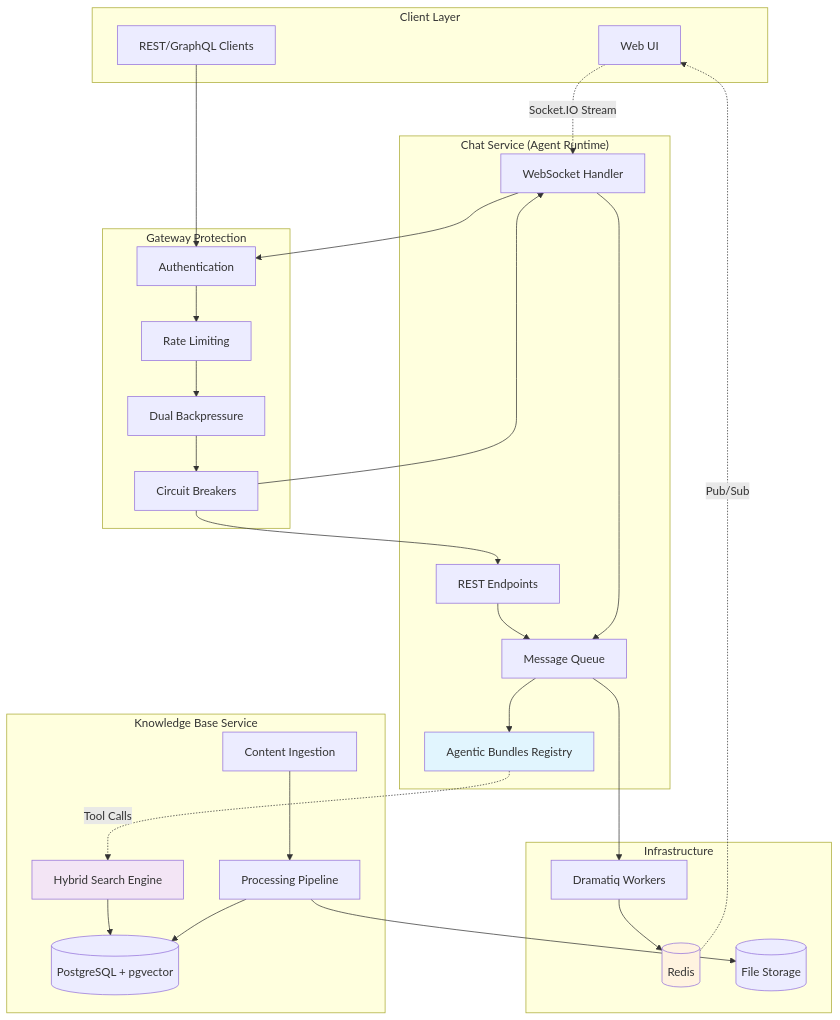
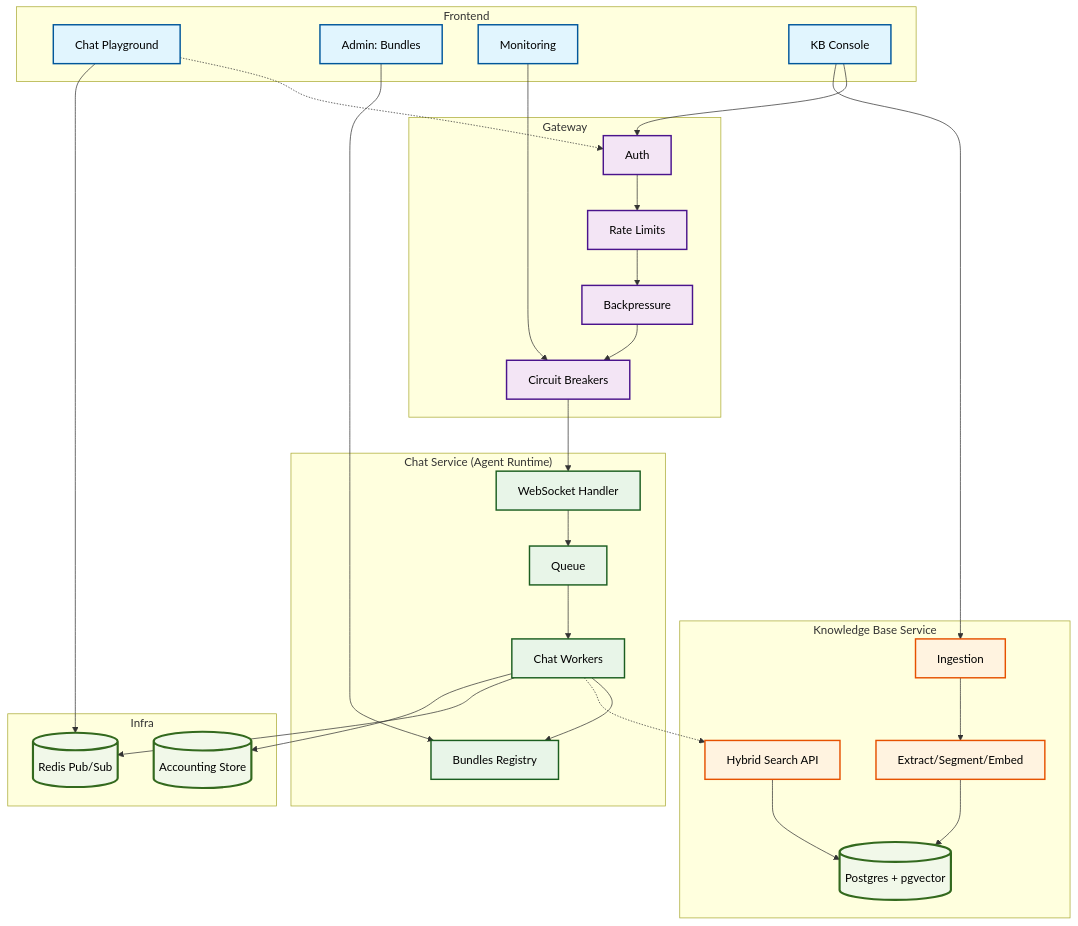
One commit to elenaviter/kdcube-ai-app changed the diagram in README.md. Above: the diagram before and after it, drawn with Mermaid. The commit also changed other lines of this file and 98 other files, not shown here.

````diff
--- a/README.md
+++ b/README.md
@@ -22,64 +40,67 @@
 ```mermaid
 graph TB
-    subgraph "Client Layer"
-        UI[Web UI]
-        API[REST/GraphQL Clients]
+    subgraph "Frontend"
+        CHATUI[Chat Playground]
+        ADMIN[Admin: Bundles]
+        MON[Monitoring]
+        KBUI[KB Console]
     end
-    
-    subgraph "Gateway Protection"
-        AUTH[Authentication]
-        RATE[Rate Limiting]
-        BACK[Dual Backpressure]
-        CIRCUIT[Circuit Breakers]
+
+    subgraph "Gateway"
+        AUTH[Auth]
+        LIMITS[Rate Limits]
+        BACK[Backpressure]
+        CB[Circuit Breakers]
     end
-    
+
     subgraph "Chat Service (Agent Runtime)"
         WS[WebSocket Handler]
-        REST[REST Endpoints]
-        QUEUE[Message Queue]
-        BUNDLES[Agentic Bundles Registry]
+        QUEUE[Queue]
+        WORKER[Chat Workers]
+        BREG[Bundles Registry]
     end
-    
+
     subgraph "Knowledge Base Service"
-        INGEST[Content Ingestion]
-        PIPELINE[Processing Pipeline]
-        SEARCH[Hybrid Search Engine]
-        POSTGRES[(PostgreSQL + pgvector)]
+        INGEST[Ingestion]
+        PIPE[Extract/Segment/Embed]
+        SEARCH[Hybrid Search API]
+        PG[(Postgres + pgvector)]
     end
-    
-    subgraph "Infrastructure"
-        REDIS[(Redis)]
-        STORAGE[(File Storage)]
-        WORKER[Dramatiq Workers]
+
+    subgraph "Infra"
+        REDIS[(Redis Pub/Sub)]
+        STORAGE[(Accounting Store)]
     end
-    
-    UI -.->|Socket.IO Stream| WS
-    API --> AUTH
-    WS --> AUTH
-    
-    AUTH --> RATE
-    RATE --> BACK
-    BACK --> CIRCUIT
-    
-    CIRCUIT --> REST
-    CIRCUIT --> WS
-    
-    REST --> QUEUE
-    WS --> QUEUE
-    QUEUE --> BUNDLES
-    
-    BUNDLES -.->|Tool Calls| SEARCH
-    SEARCH --> POSTGRES
-    
-    QUEUE --> WORKER
+
+    CHATUI -.-> AUTH
+    KBUI --> AUTH
+
+    AUTH --> LIMITS --> BACK --> CB
+    CB --> WS
+    CHATUI --> REDIS
+
+    WS --> QUEUE --> WORKER
+    WORKER --> BREG
+    WORKER -.-> SEARCH
+    SEARCH --> PG
     WORKER --> REDIS
-    REDIS -.->|Pub/Sub| UI
-    
-    INGEST --> PIPELINE
-    PIPELINE --> STORAGE
-    PIPELINE --> POSTGRES
-    
-    style BUNDLES fill:#e1f5fe
-    style SEARCH fill:#f3e5f5
-    style REDIS fill:#fff3e0
+    WORKER --> STORAGE
+
+    KBUI --> INGEST --> PIPE --> PG
+    MON --> CB
+    ADMIN --> BREG
+
+%% Styling
+    classDef frontend fill:#e1f5fe,stroke:#01579b,stroke-width:2px,color:#000
+    classDef gateway fill:#f3e5f5,stroke:#4a148c,stroke-width:2px,color:#000
+    classDef chat fill:#e8f5e8,stroke:#1b5e20,stroke-width:2px,color:#000
+    classDef kb fill:#fff3e0,stroke:#e65100,stroke-width:2px,color:#000
+    classDef infra fill:#fce4ec,stroke:#880e4f,stroke-width:2px,color:#000
+    classDef database fill:#f1f8e9,stroke:#33691e,stroke-width:3px,color:#000
+
+    class CHATUI,ADMIN,MON,KBUI frontend
+    class AUTH,LIMITS,BACK,CB gateway
+    class WS,QUEUE,WORKER,BREG chat
+    class INGEST,PIPE,SEARCH kb
+    class PG,REDIS,STORAGE database
 ```
````
